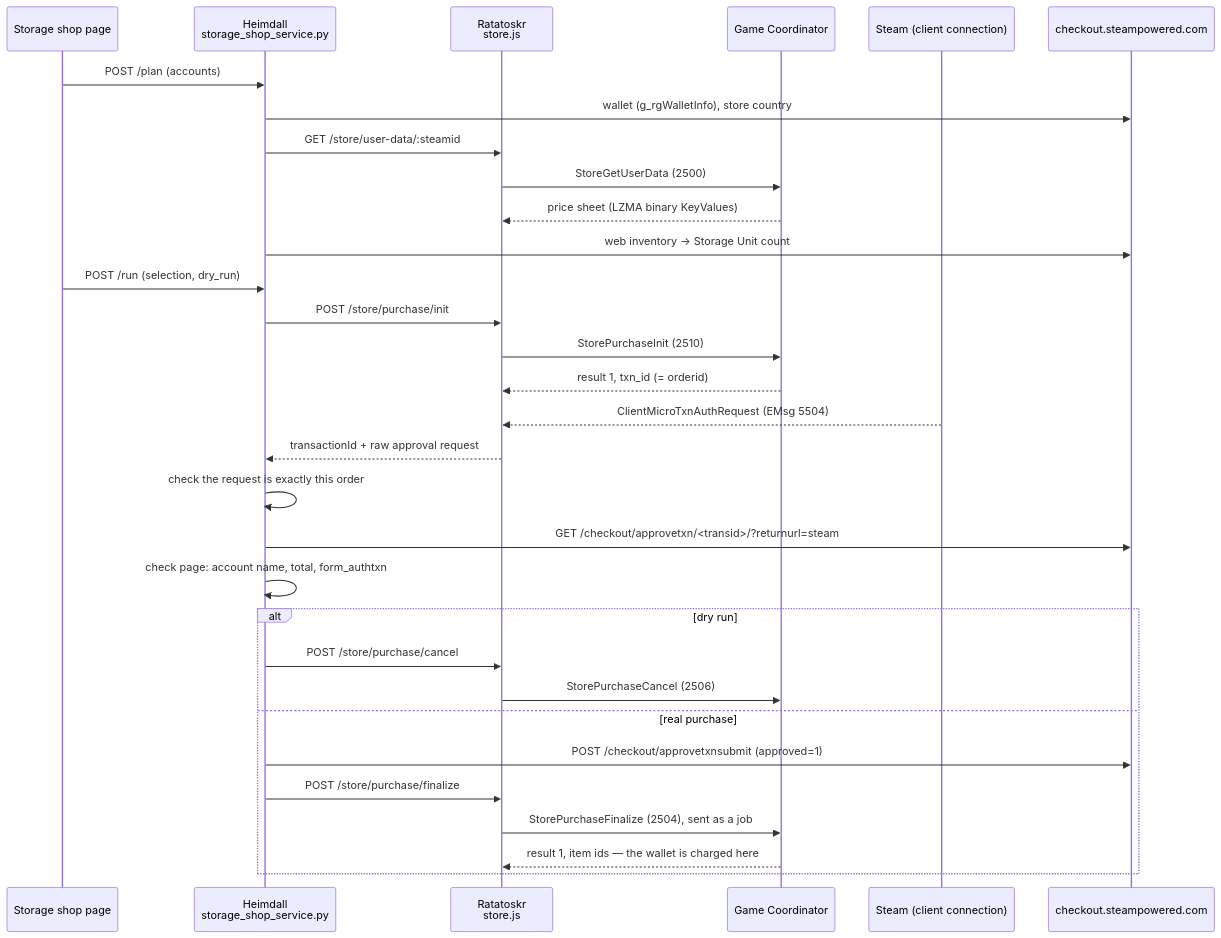
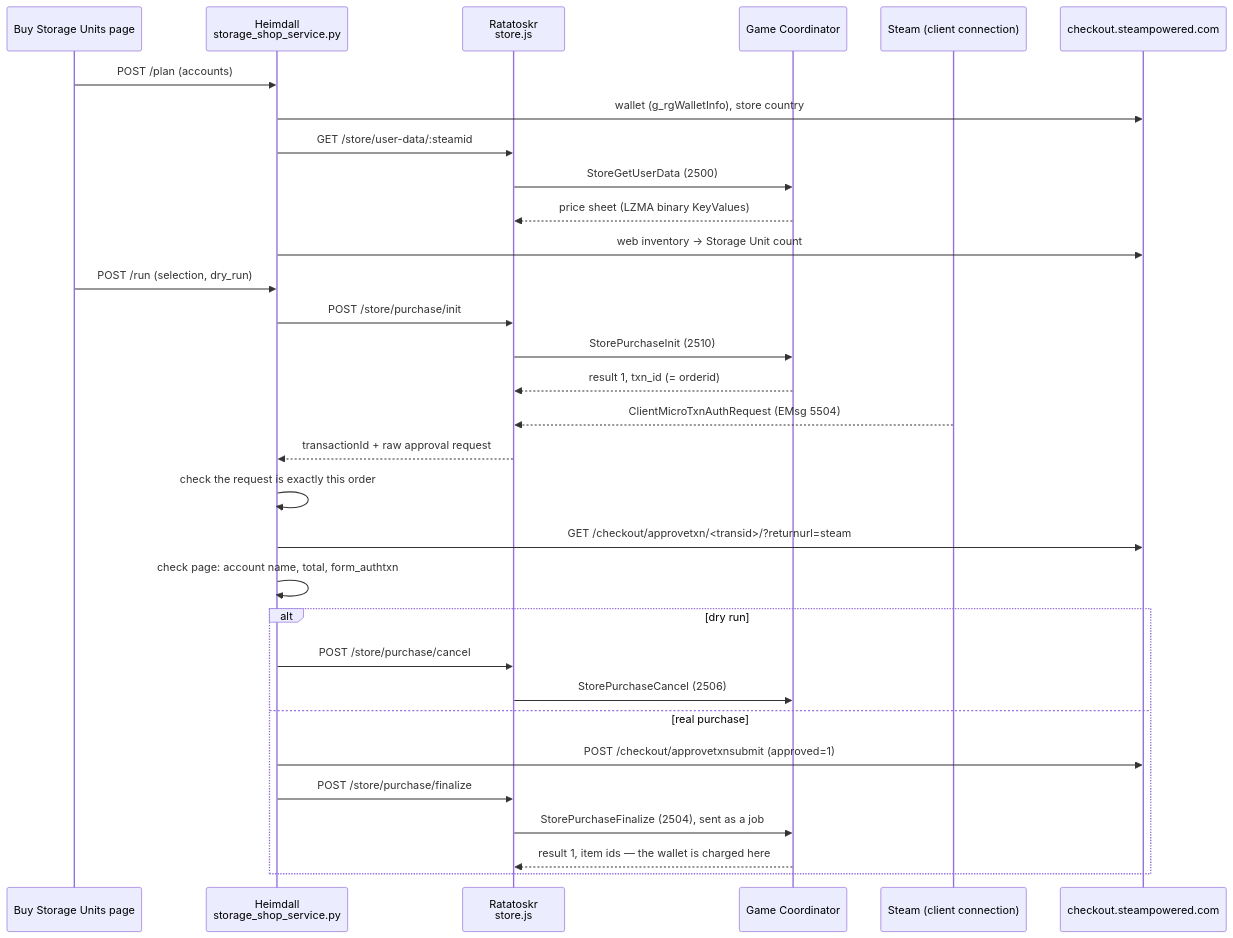
The diagram in docs/internals/storage-shop.md (everthinq/steam-odin), drawn with Mermaid before and after one commit. The commit also changed other lines of this file and 31 other files, not shown here.

First line of the commit message:
feat(ratatoskr): Store Catalogue of every in-game store item; "Buy Storage Units" rename

````diff
--- a/docs/internals/storage-shop.md
+++ b/docs/internals/storage-shop.md
@@ -31,34 +32,34 @@
 ```mermaid
 sequenceDiagram
-    participant UI as Storage shop page
+    participant UI as Buy Storage Units page
     participant H as Heimdall<br/>storage_shop_service.py
     participant R as Ratatoskr<br/>store.js
     participant GC as Game Coordinator
     participant S as Steam (client connection)
     participant W as checkout.steampowered.com
 
     UI->>H: POST /plan (accounts)
     H->>W: wallet (g_rgWalletInfo), store country
     H->>R: GET /store/user-data/:steamid
     R->>GC: StoreGetUserData (2500)
     GC-->>R: price sheet (LZMA binary KeyValues)
     H->>W: web inventory → Storage Unit count
     UI->>H: POST /run (selection, dry_run)
     H->>R: POST /store/purchase/init
     R->>GC: StorePurchaseInit (2510)
     GC-->>R: result 1, txn_id (= orderid)
     S-->>R: ClientMicroTxnAuthRequest (EMsg 5504)
     R-->>H: transactionId + raw approval request
     H->>H: check the request is exactly this order
     H->>W: GET /checkout/approvetxn/<transid>/?returnurl=steam
     H->>H: check page: account name, total, form_authtxn
     alt dry run
         H->>R: POST /store/purchase/cancel
         R->>GC: StorePurchaseCancel (2506)
     else real purchase
         H->>W: POST /checkout/approvetxnsubmit (approved=1)
         H->>R: POST /store/purchase/finalize
         R->>GC: StorePurchaseFinalize (2504), sent as a job
         GC-->>R: result 1, item ids — the wallet is charged here
     end
 ```
````
